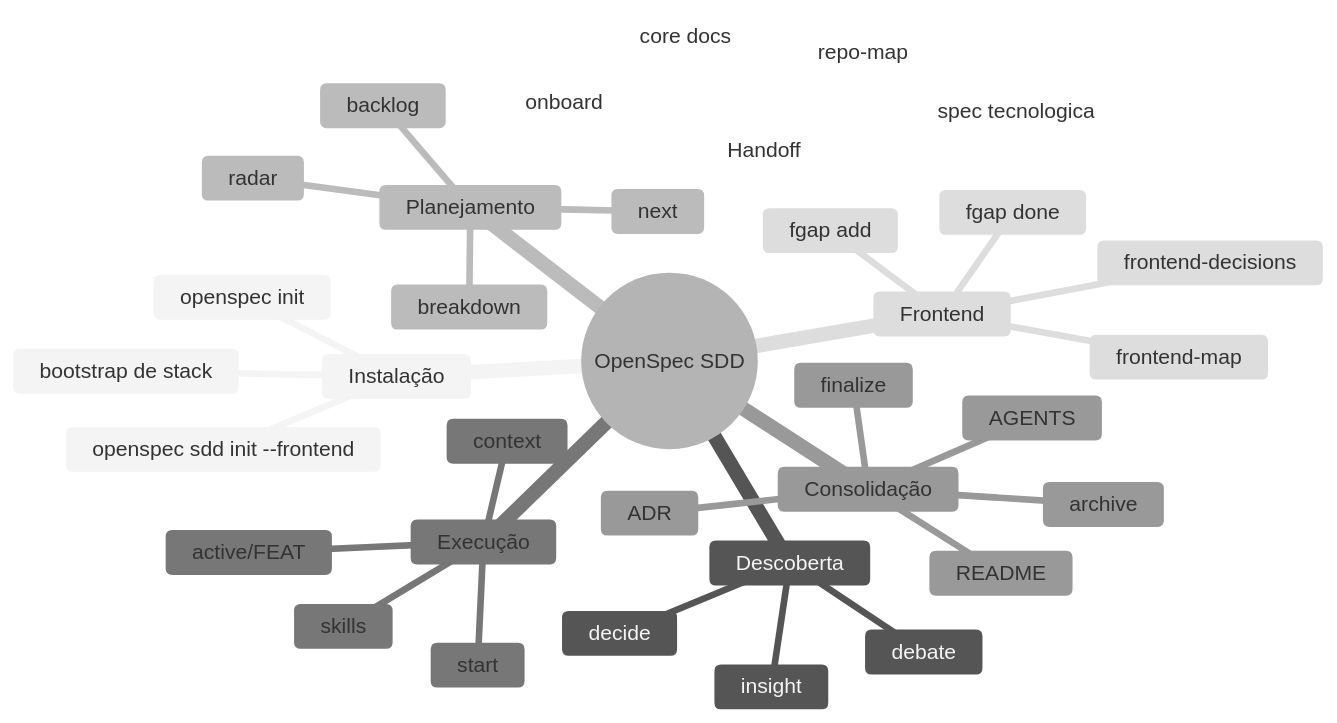
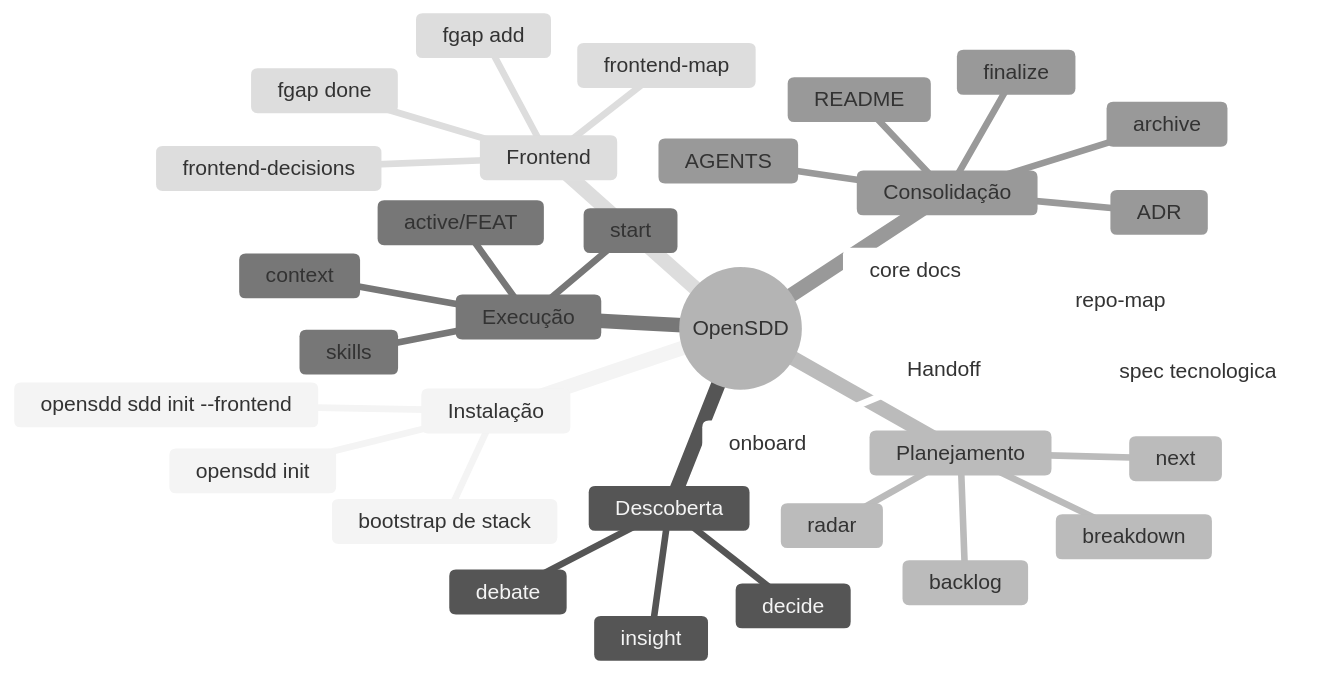
Before and after one commit to gfmozzer/OpenSpec: the second of 2 diagrams in docs/sdd-manual-pt-br.md, drawn with Mermaid (neutral theme). The commit also changed other lines of this file and 206 other files, not shown here.

````diff
--- a/docs/sdd-manual-pt-br.md
+++ b/docs/sdd-manual-pt-br.md
@@ -50,38 +50,38 @@
 ```mermaid
 mindmap
-  root((OpenSpec SDD))
+  root((OpenSDD))
     Instalação
-      openspec init
-      openspec sdd init --frontend
+      opensdd init
+      opensdd sdd init --frontend
       bootstrap de stack
     Descoberta
       insight
       debate
       decide
     Planejamento
       radar
       breakdown
       backlog
       next
     Execução
       start
       active/FEAT
       context
       skills
     Consolidação
       archive
       finalize
       ADR
       README
       AGENTS
     Frontend
       fgap add
       fgap done
       frontend-map
       frontend-decisions
     Handoff
       onboard
       core docs
       repo-map
       spec tecnologica
 ```
````
